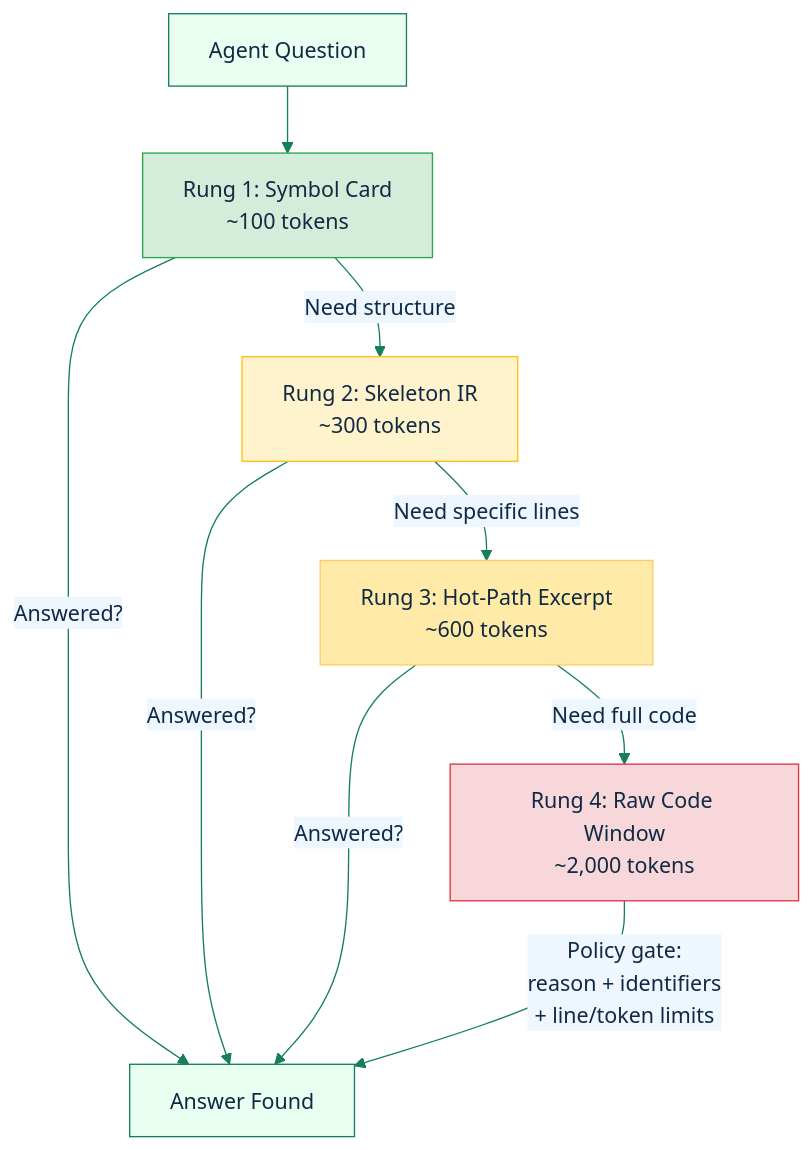
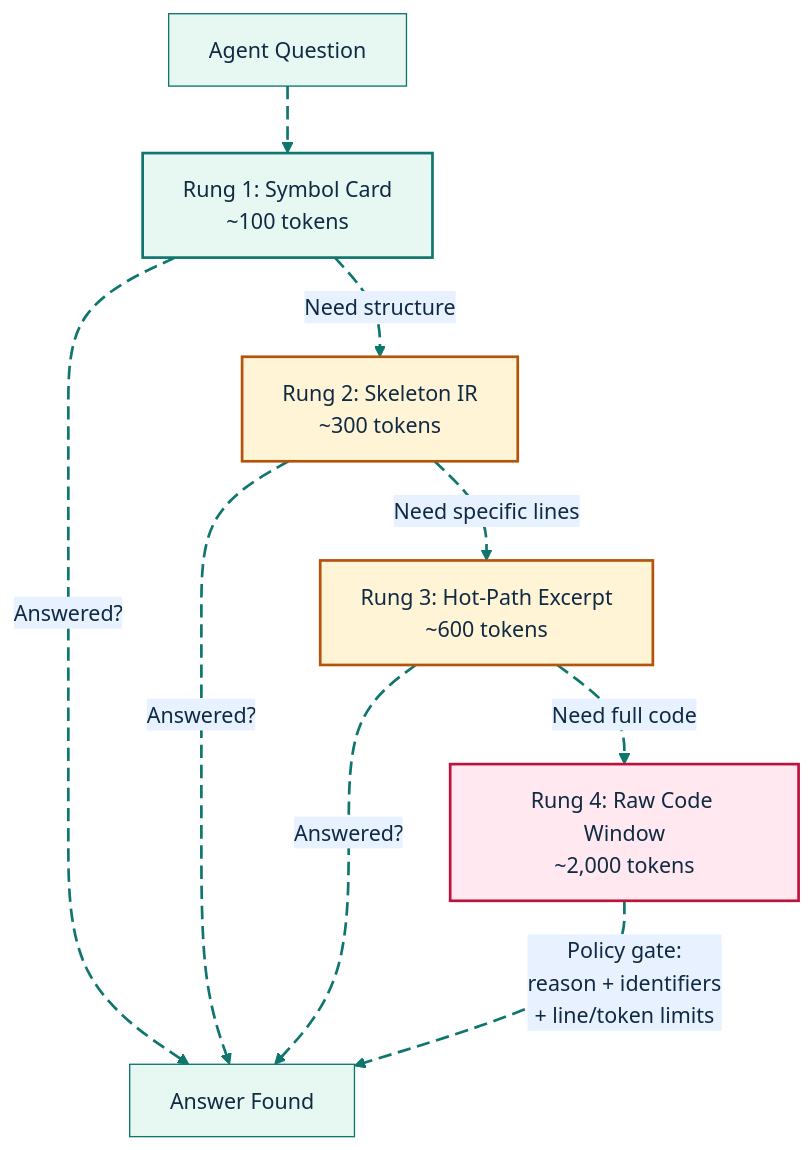
The second of 2 diagrams in docs/feature-deep-dives/iris-gate-ladder.md (GlitterKill/sdl-mcp), drawn with Mermaid before and after one commit. The commit also changed other lines of this file and 33 other files, not shown here.

First line of the commit message:
docs: update mermaid diagram themes and styling across documentation

````diff
--- a/docs/feature-deep-dives/iris-gate-ladder.md
+++ b/docs/feature-deep-dives/iris-gate-ladder.md
@@ -85,24 +98,33 @@
 ```mermaid
-%%{init: {"theme":"base","themeVariables":{"primaryColor":"#e8fff1","primaryBorderColor":"#157f5b","primaryTextColor":"#102a43","secondaryColor":"#eef6ff","secondaryBorderColor":"#2563eb","tertiaryColor":"#fff4d6","tertiaryBorderColor":"#b45309","lineColor":"#157f5b","fontFamily":"Trebuchet MS, Arial"},"flowchart":{"curve":"basis"}}}%%
+%%{init: {"theme":"base","themeVariables":{"background":"#ffffff","primaryColor":"#E7F8F2","primaryBorderColor":"#0F766E","primaryTextColor":"#102A43","secondaryColor":"#E8F1FF","secondaryBorderColor":"#2563EB","secondaryTextColor":"#102A43","tertiaryColor":"#FFF4D6","tertiaryBorderColor":"#B45309","tertiaryTextColor":"#102A43","lineColor":"#0F766E","textColor":"#102A43","fontFamily":"Inter, ui-sans-serif, system-ui, -apple-system, BlinkMacSystemFont, Segoe UI, sans-serif"},"flowchart":{"curve":"basis","htmlLabels":true}}}%%
 flowchart TD
     Q["Agent Question"]
     R1["Rung 1: Symbol Card<br/>~100 tokens"]
     R2["Rung 2: Skeleton IR<br/>~300 tokens"]
     R3["Rung 3: Hot-Path Excerpt<br/>~600 tokens"]
     R4["Rung 4: Raw Code Window<br/>~2,000 tokens"]
     Done["Answer Found"]
 
-    Q --> R1
-    R1 -->|"Answered?"| Done
-    R1 -->|"Need structure"| R2
-    R2 -->|"Answered?"| Done
-    R2 -->|"Need specific lines"| R3
-    R3 -->|"Answered?"| Done
-    R3 -->|"Need full code"| R4
-    R4 -->|"Policy gate:<br/>reason + identifiers<br/>+ line/token limits"| Done
+    Q e1@--> R1
+    R1 e2@-->|"Answered?"| Done
+    R1 e3@-->|"Need structure"| R2
+    R2 e4@-->|"Answered?"| Done
+    R2 e5@-->|"Need specific lines"| R3
+    R3 e6@-->|"Answered?"| Done
+    R3 e7@-->|"Need full code"| R4
+    R4 e8@-->|"Policy gate:<br/>reason + identifiers<br/>+ line/token limits"| Done
 
-    style R1 fill:#d4edda,stroke:#28a745
-    style R2 fill:#fff3cd,stroke:#ffc107
-    style R3 fill:#ffeaa7,stroke:#fdcb6e
-    style R4 fill:#f8d7da,stroke:#dc3545
+    style R1 fill:#E7F8F2,stroke:#0F766E,stroke-width:2px,color:#102A43
+    style R2 fill:#FFF4D6,stroke:#B45309,stroke-width:2px,color:#102A43
+    style R3 fill:#FFF4D6,stroke:#B45309,stroke-width:2px,color:#102A43
+    style R4 fill:#FFE8EF,stroke:#BE123C,stroke-width:2px,color:#102A43
+
+    classDef source fill:#E7F8F2,stroke:#0F766E,stroke-width:2px,color:#102A43;
+    classDef process fill:#E8F1FF,stroke:#2563EB,stroke-width:2px,color:#102A43;
+    classDef decision fill:#FFF4D6,stroke:#B45309,stroke-width:2px,color:#102A43;
+    classDef storage fill:#F2E8FF,stroke:#7C3AED,stroke-width:2px,color:#102A43;
+    classDef output fill:#FFE8EF,stroke:#BE123C,stroke-width:2px,color:#102A43;
+    classDef muted fill:#F8FAFC,stroke:#64748B,stroke-width:1px,color:#102A43;
+    classDef animate stroke:#0F766E,stroke-width:2px,stroke-dasharray:10\,5,stroke-dashoffset:900,animation:dash 22s linear infinite;
+    class e1,e2,e3,e4,e5,e6,e7,e8 animate;
 ```
````
